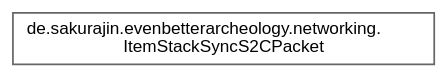
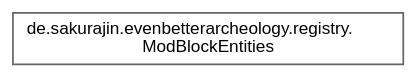
One commit to noah1510/EvenBetterArcheology changed the diagram in inherit_graph_15.dot. Above: the diagram before and after it, drawn with Graphviz. The commit also changed 126 other files, not shown here.

```diff
--- a/inherit_graph_15.dot
+++ b/inherit_graph_15.dot
@@ -1,9 +1,9 @@
 digraph "Graphical Class Hierarchy"
 {
  // LATEX_PDF_SIZE
   bgcolor="transparent";
   edge [fontname=Helvetica,fontsize=10,labelfontname=Helvetica,labelfontsize=10];
   node [fontname=Helvetica,fontsize=10,shape=box,height=0.2,width=0.4];
   rankdir="LR";
-  Node0 [label="de.sakurajin.evenbetterarcheology.networking.\lItemStackSyncS2CPacket",height=0.2,width=0.4,color="grey40", fillcolor="white", style="filled",URL="$classde_1_1sakurajin_1_1evenbetterarcheology_1_1networking_1_1ItemStackSyncS2CPacket.html",tooltip=" "];
+  Node0 [label="de.sakurajin.evenbetterarcheology.registry.\lModBlockEntities",height=0.2,width=0.4,color="grey40", fillcolor="white", style="filled",URL="$classde_1_1sakurajin_1_1evenbetterarcheology_1_1registry_1_1ModBlockEntities.html",tooltip=" "];
 }
```
